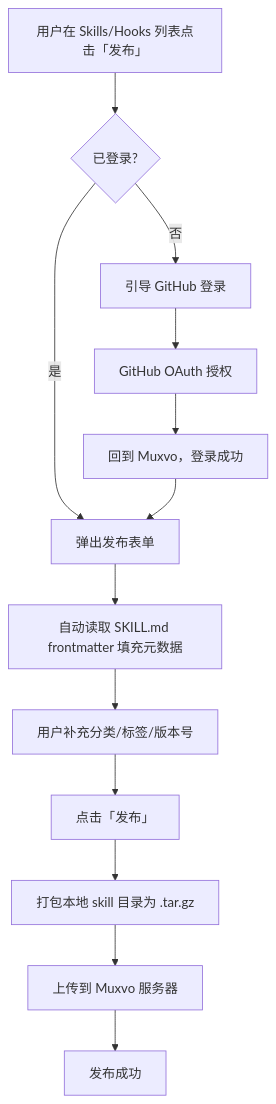
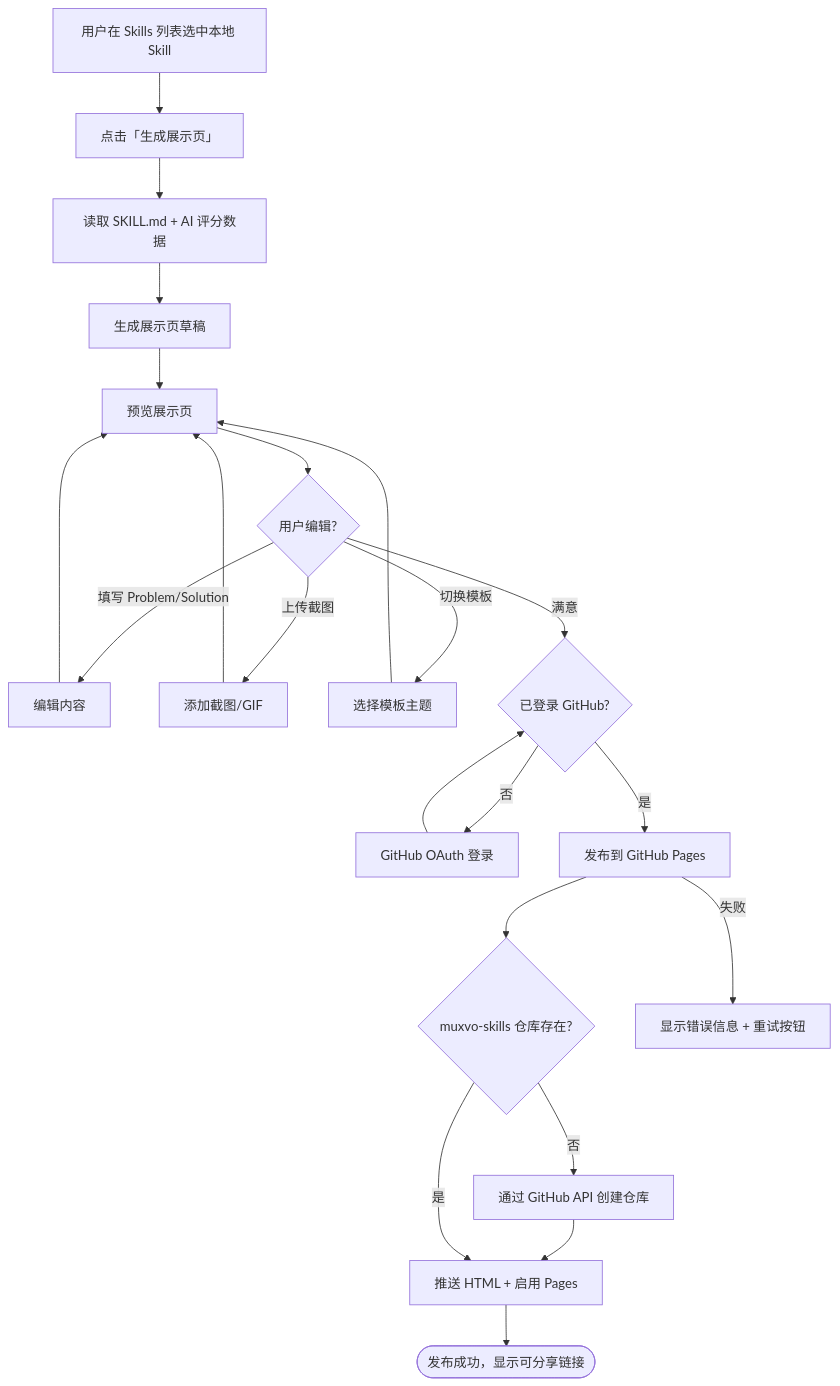
One commit to muxvo/muxvo changed the sixth of 28 diagrams in PRD.md. Above: the diagram before and after it, drawn with Mermaid. The commit also changed other lines of this file, not shown here.

````diff
--- a/PRD.md
+++ b/PRD.md
@@ -474,15 +456,24 @@
 ```mermaid
 flowchart TD
-    A[用户在 Skills/Hooks 列表点击「发布」] --> B{已登录?}
-    B -->|否| C[引导 GitHub 登录]
-    C --> D[GitHub OAuth 授权]
-    D --> E[回到 Muxvo，登录成功]
-    B -->|是| F[弹出发布表单]
-    E --> F
-    F --> G[自动读取 SKILL.md frontmatter 填充元数据]
-    G --> H[用户补充分类/标签/版本号]
-    H --> I[点击「发布」]
-    I --> J[打包本地 skill 目录为 .tar.gz]
-    J --> K[上传到 Muxvo 服务器]
-    K --> L[发布成功]
+    A[用户在 Skills 列表选中本地 Skill] --> B[点击「生成展示页」]
+    B --> C[读取 SKILL.md + AI 评分数据]
+    C --> D[生成展示页草稿]
+    D --> E[预览展示页]
+    E --> F{用户编辑?}
+    F -->|填写 Problem/Solution| G[编辑内容]
+    F -->|上传截图| H[添加截图/GIF]
+    F -->|切换模板| I[选择模板主题]
+    G --> E
+    H --> E
+    I --> E
+    F -->|满意| J{已登录 GitHub?}
+    J -->|否| K[GitHub OAuth 登录]
+    K --> J
+    J -->|是| L[发布到 GitHub Pages]
+    L --> M{muxvo-skills 仓库存在?}
+    M -->|否| N[通过 GitHub API 创建仓库]
+    N --> O[推送 HTML + 启用 Pages]
+    M -->|是| O
+    O --> P([发布成功，显示可分享链接])
+    L -->|失败| Q[显示错误信息 + 重试按钮]
 ```
````
